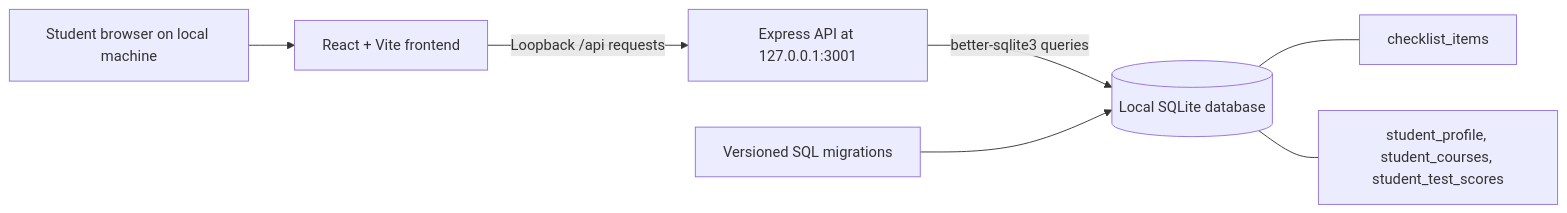
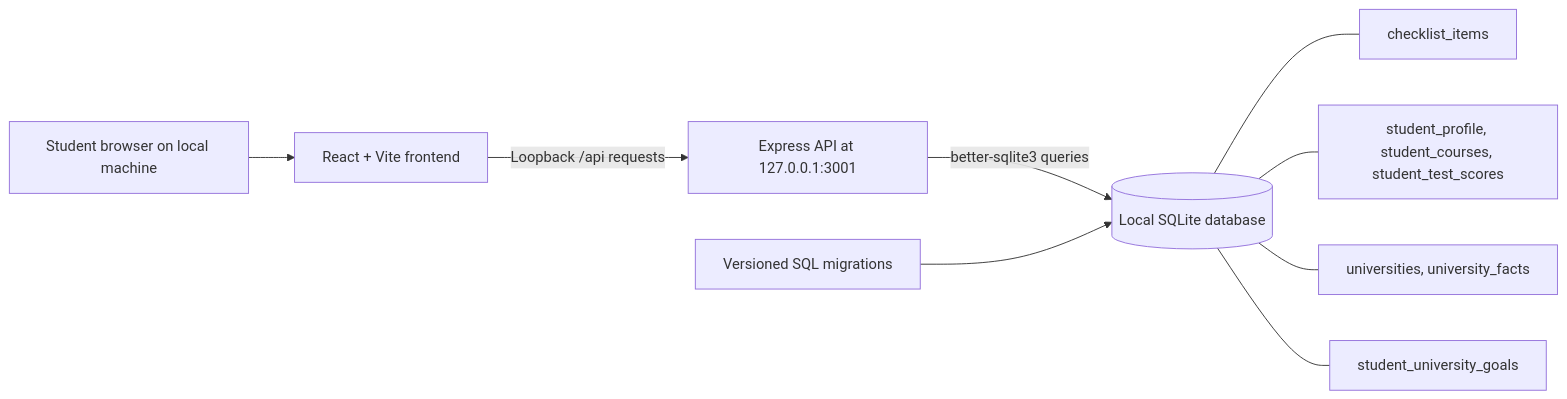
One commit to 301-burak/CollegePath changed the diagram in README.md. Above: the diagram before and after it, drawn with Mermaid. The commit also changed other lines of this file and 9 other files, not shown here.

````diff
--- a/README.md
+++ b/README.md
@@ -32,9 +35,11 @@
 ```mermaid
 flowchart LR
     Student[Student browser on local machine] --> React[React + Vite frontend]
     React -->|Loopback /api requests| Express[Express API at 127.0.0.1:3001]
     Express -->|better-sqlite3 queries| SQLite[(Local SQLite database)]
     Migrations[Versioned SQL migrations] --> SQLite
     SQLite --- Checklist[checklist_items]
     SQLite --- Academic[student_profile, student_courses, student_test_scores]
+    SQLite --- UniversityCatalog[universities, university_facts]
+    SQLite --- UniversityGoals[student_university_goals]
 ```
````
